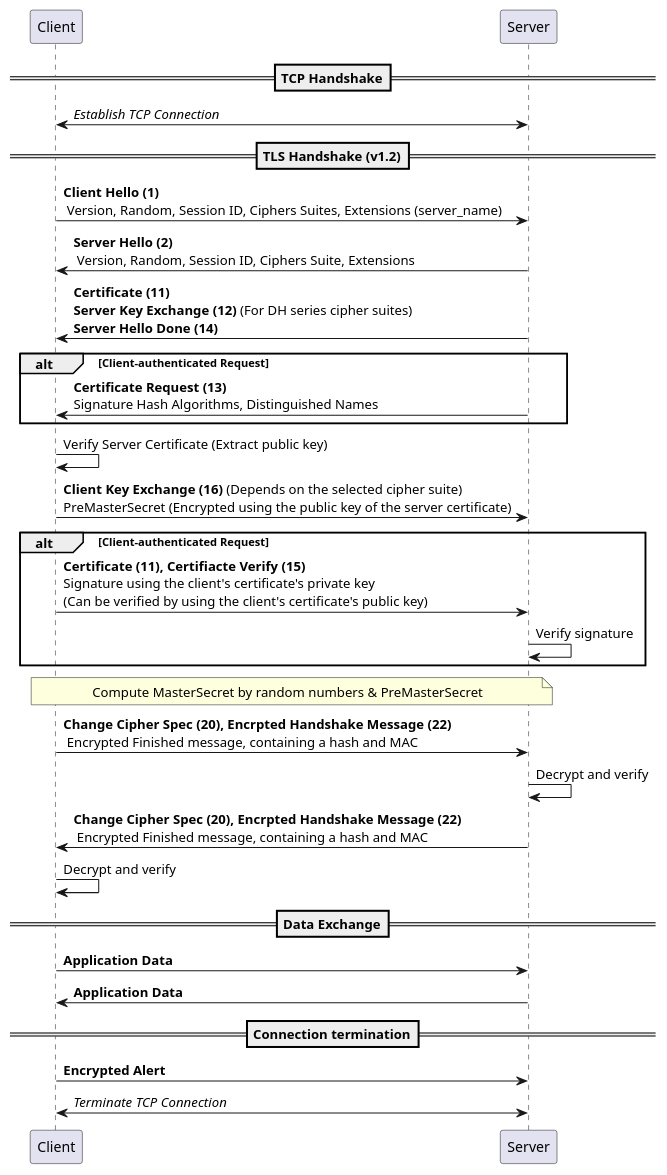
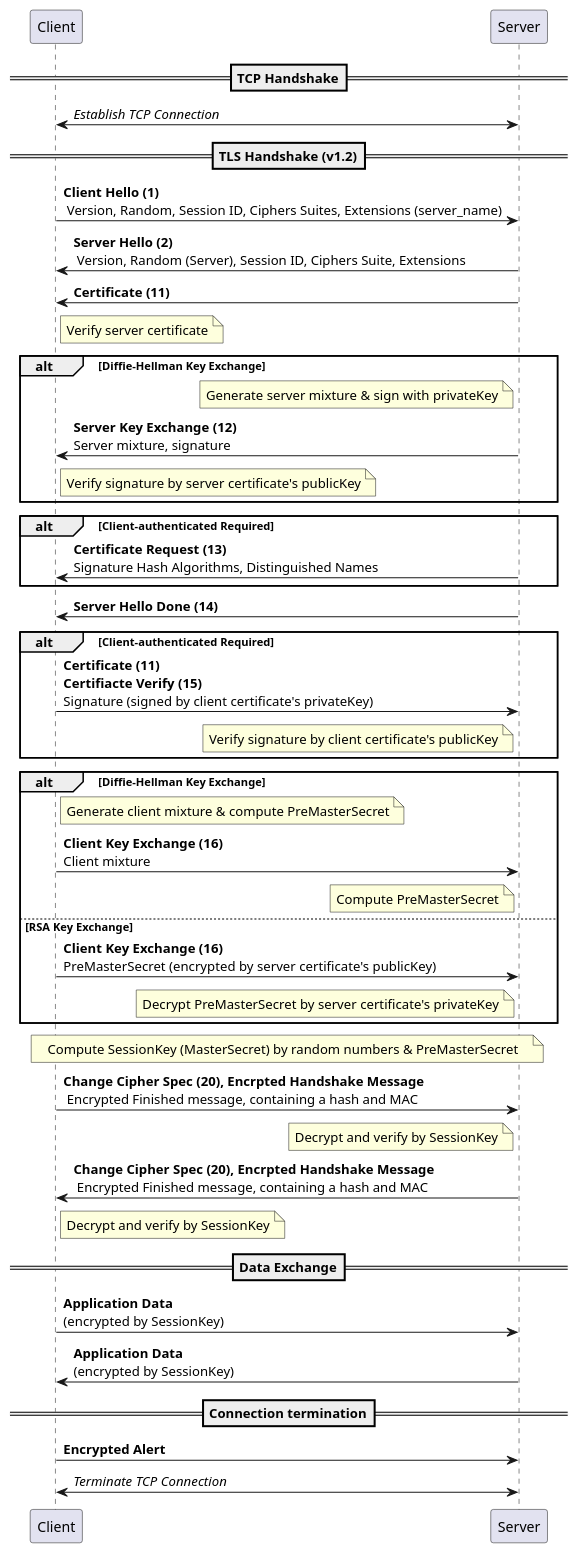
One commit to yidas/web-service-protocols changed the diagram in http/https-flow.plantuml. Above: the diagram before and after it, drawn with PlantUML.

```diff
--- a/http/https-flow.plantuml
+++ b/http/https-flow.plantuml
@@ -1,30 +1,43 @@
 @startuml
 participant "Client" as c
 participant "Server" as s
 ==TCP Handshake==
 c<->s: //Establish TCP Connection//
 ==TLS Handshake (v1.2)==
 c->s: **Client Hello (1)**\n Version, Random, Session ID, Ciphers Suites, Extensions (server_name)
-s->c: **Server Hello (2)**\n Version, Random, Session ID, Ciphers Suite, Extensions
-s->c: **Certificate (11)**\n**Server Key Exchange (12)** (For DH series cipher suites)\n**Server Hello Done (14)**
-alt Client-authenticated Request
-s->c: **Certificate Request (13)** \nSignature Hash Algorithms, Distinguished Names
+s->c: **Server Hello (2)**\n Version, Random (Server), Session ID, Ciphers Suite, Extensions
+s->c: **Certificate (11)**
+note right c: Verify server certificate
+alt Diffie-Hellman Key Exchange
+  note left s: Generate server mixture & sign with privateKey
+  s->c: **Server Key Exchange (12)** \nServer mixture, signature
+  note right c: Verify signature by server certificate's publicKey
 end
-c->c: Verify Server Certificate (Extract public key)
-c->s: **Client Key Exchange (16)** (Depends on the selected cipher suite)\nPreMasterSecret (Encrypted using the public key of the server certificate)
-alt Client-authenticated Request
-c->s: **Certificate (11), Certifiacte Verify (15)**\nSignature using the client's certificate's private key\n(Can be verified by using the client's certificate's public key)
-s->s: Verify signature
+alt Client-authenticated Required
+  s->c: **Certificate Request (13)** \nSignature Hash Algorithms, Distinguished Names
 end
-note over c, s: Compute MasterSecret by random numbers & PreMasterSecret
-c->s: **Change Cipher Spec (20), Encrpted Handshake Message (22)**\n Encrypted Finished message, containing a hash and MAC
-s->s: Decrypt and verify
-s->c: **Change Cipher Spec (20), Encrpted Handshake Message (22)**\n Encrypted Finished message, containing a hash and MAC
-c->c: Decrypt and verify
+s->c: **Server Hello Done (14)**
+alt Client-authenticated Required
+  c->s: **Certificate (11)** \n**Certifiacte Verify (15)**\nSignature (signed by client certificate's privateKey)
+  note left s: Verify signature by client certificate's publicKey
+end
+alt Diffie-Hellman Key Exchange
+  note right c: Generate client mixture & compute PreMasterSecret
+  c->s: **Client Key Exchange (16)** \nClient mixture
+  note left s: Compute PreMasterSecret
+else RSA Key Exchange
+  c->s: **Client Key Exchange (16)** \nPreMasterSecret (encrypted by server certificate's publicKey)
+  note left s: Decrypt PreMasterSecret by server certificate's privateKey
+end
+note over c, s: Compute SessionKey (MasterSecret) by random numbers & PreMasterSecret
+c->s: **Change Cipher Spec (20), Encrpted Handshake Message**\n Encrypted Finished message, containing a hash and MAC
+note left s: Decrypt and verify by SessionKey
+s->c: **Change Cipher Spec (20), Encrpted Handshake Message**\n Encrypted Finished message, containing a hash and MAC
+note right c: Decrypt and verify by SessionKey
 ==Data Exchange==
-c->s: **Application Data**
-s->c: **Application Data**
+c->s: **Application Data** \n(encrypted by SessionKey)
+s->c: **Application Data** \n(encrypted by SessionKey)
 ==Connection termination==
 c->s: **Encrypted Alert**
 c<->s: //Terminate TCP Connection//
 @enduml
```
